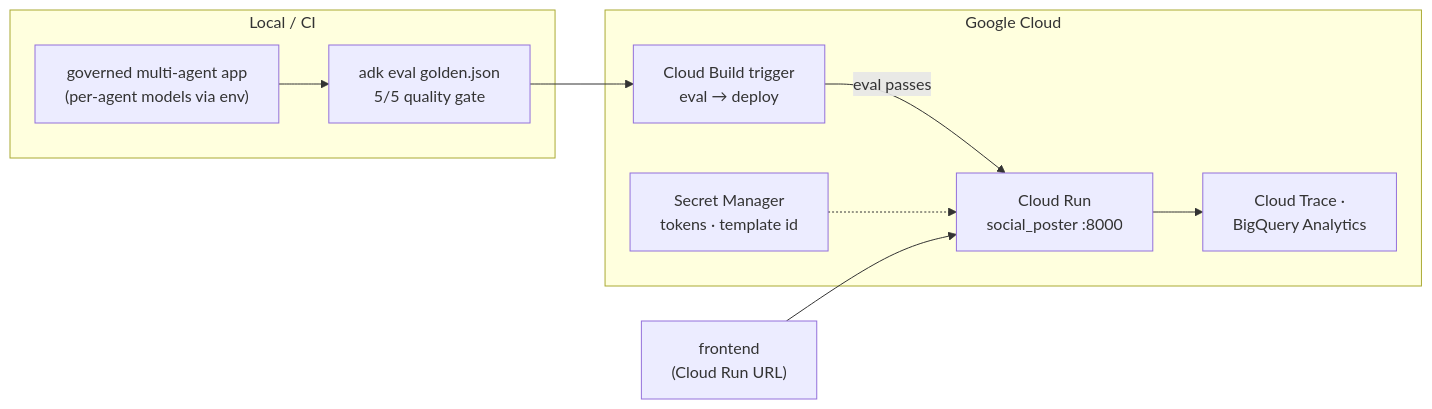
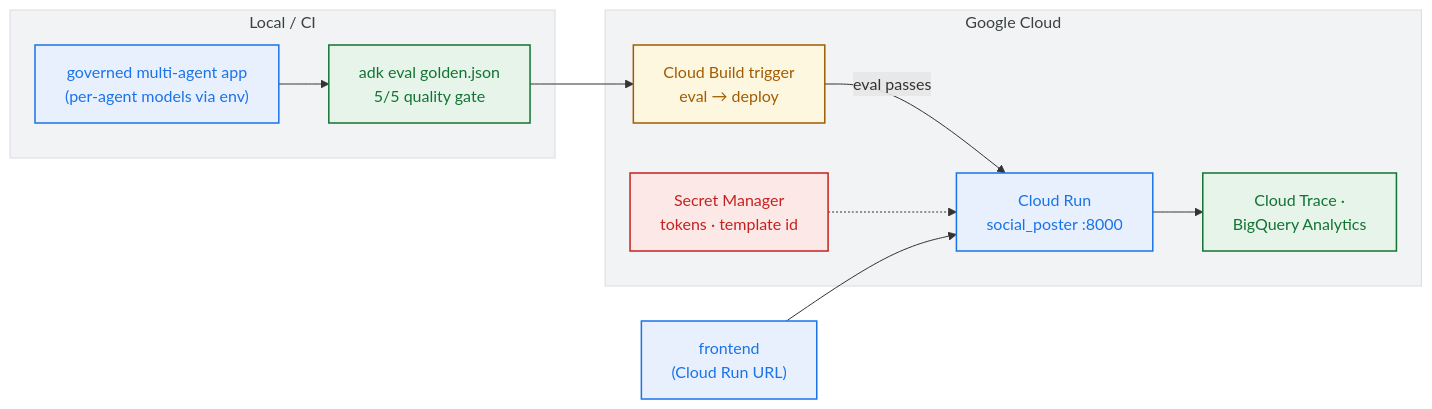
The diagram in README.md (1alexc/ai-devcamp-labs), drawn with Mermaid before and after one commit. The commit also changed other lines of this file and 19 other files, not shown here.

````diff
--- a/README.md
+++ b/README.md
@@ -23,20 +30,31 @@
 ```mermaid
 flowchart LR
     subgraph dev["Local / CI"]
         CODE["governed multi-agent app\n(per-agent models via env)"]
         EVAL["adk eval golden.json\n5/5 quality gate"]
     end
     subgraph gcp["Google Cloud"]
         CB["Cloud Build trigger\neval → deploy"]
         CR["Cloud Run\nsocial_poster :8000"]
         SM["Secret Manager\ntokens · template id"]
         OBS["Cloud Trace ·\nBigQuery Analytics"]
     end
     FE["frontend\n(Cloud Run URL)"]
 
     CODE --> EVAL --> CB
     CB -->|eval passes| CR
     SM -.-> CR
     CR --> OBS
     FE --> CR
+
+    classDef blue fill:#e8f0fe,stroke:#1a73e8,stroke-width:1.5px,color:#1a73e8;
+    classDef green fill:#e6f4ea,stroke:#137333,stroke-width:1.5px,color:#137333;
+    classDef yellow fill:#fef7e0,stroke:#a15c00,stroke-width:1.5px,color:#a15c00;
+    classDef red fill:#fce8e6,stroke:#c5221f,stroke-width:1.5px,color:#c5221f;
+    class CODE,CR,FE blue;
+    class EVAL,OBS green;
+    class CB yellow;
+    class SM red;
+    style dev fill:#f1f3f4,stroke:#dadce0,color:#3c4043;
+    style gcp fill:#f1f3f4,stroke:#dadce0,color:#3c4043;
 ```
````
